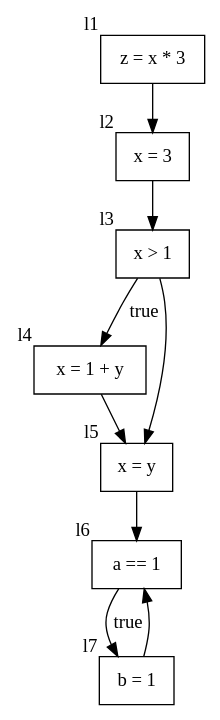
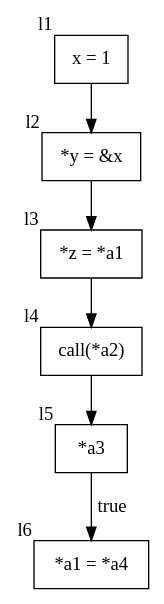
The diagram in results/edb2/cfg.gv (AdamYoung71/analyser), drawn with Graphviz before and after one commit. The commit also changed 33 other files, not shown here.

```diff
--- a/results/edb2/cfg.gv
+++ b/results/edb2/cfg.gv
@@ -1,18 +1,14 @@
 digraph control_flow_graph {
 	node [shape=box]
-	l1 [label="z = x * 3" xlabel=l1]
-	l2 [label="x = 3" xlabel=l2]
+	l1 [label="x = 1" xlabel=l1]
+	l2 [label="*y = &x" xlabel=l2]
 	l1 -> l2
-	l3 [label="x > 1" xlabel=l3]
-	l4 [label="x = 1 + y" xlabel=l4]
-	l3 -> l4 [label=true]
+	l3 [label="*z = *a1" xlabel=l3]
 	l2 -> l3
-	l5 [label="x = y" xlabel=l5]
+	l4 [label="call(*a2)" xlabel=l4]
+	l3 -> l4
+	l5 [label="*a3" xlabel=l5]
+	l6 [label="*a1 = *a4" xlabel=l6]
+	l5 -> l6 [label=true]
 	l4 -> l5
-	l3 -> l5
-	l6 [label="a == 1" xlabel=l6]
-	l7 [label="b = 1" xlabel=l7]
-	l6 -> l7 [label=true]
-	l7 -> l6
-	l5 -> l6
 }
```
